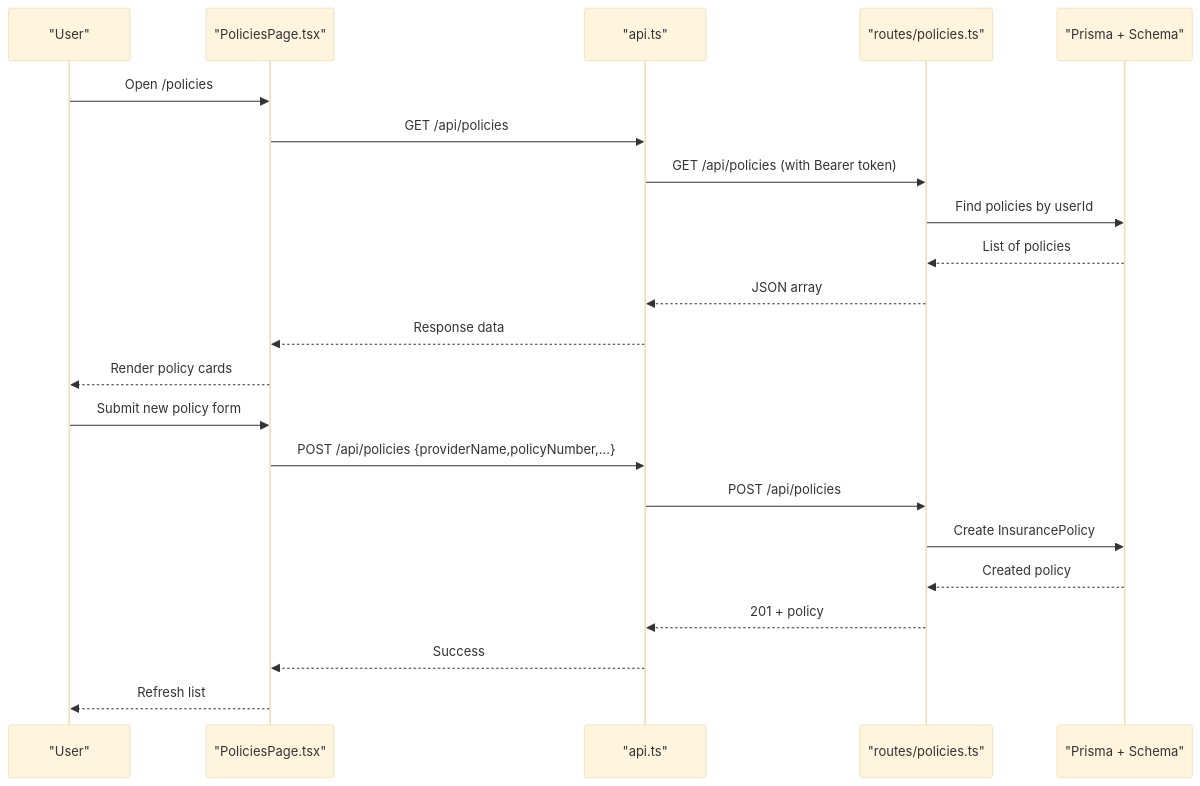
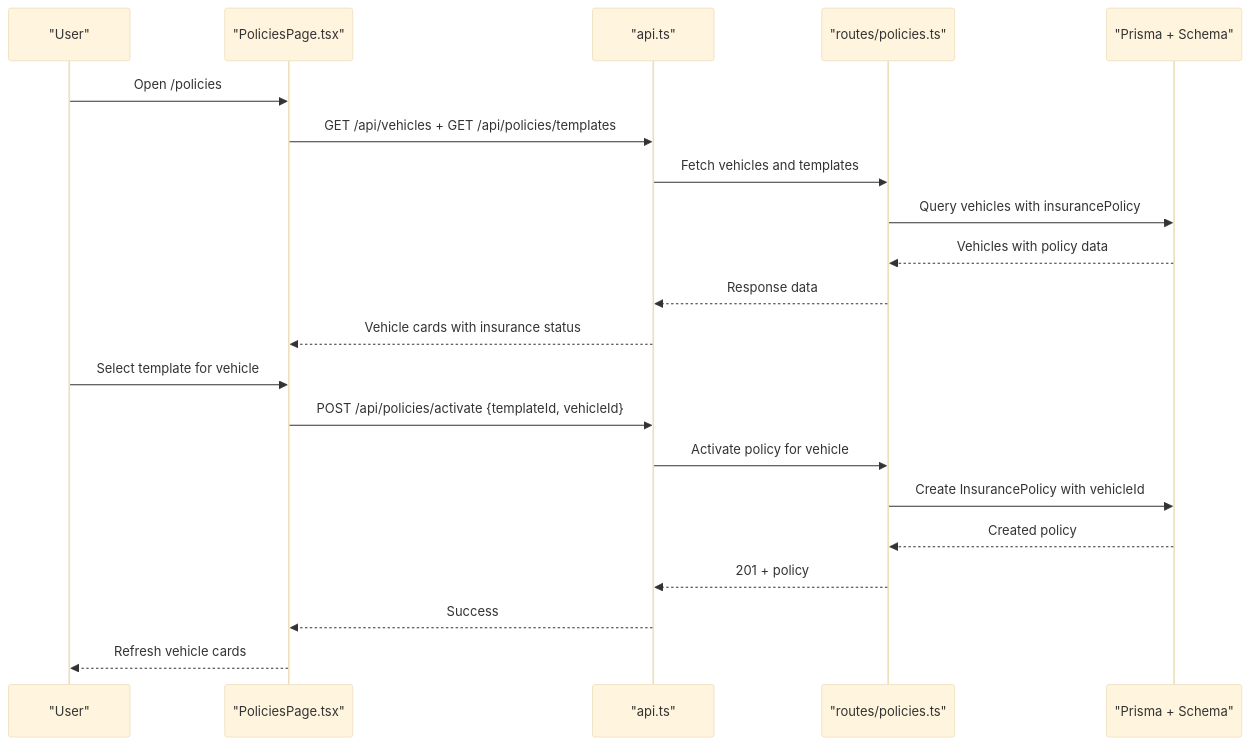
Before and after one commit to NaveenHiranya/Smart-Vehicle-Insurance-Claim-System: the second of 7 diagrams in .qoder/repowiki/en/content/Frontend Documentation/Pages and Views/User Pages/Policy Management Page.md, drawn with Mermaid (base theme). The commit also changed other lines of this file and 21 other files, not shown here.

````diff
--- a/.qoder/repowiki/en/content/Frontend Documentation/Pages and Views/User Pages/Policy Management Page.md
+++ b/.qoder/repowiki/en/content/Frontend Documentation/Pages and Views/User Pages/Policy Management Page.md
@@ -93,24 +102,23 @@
 ```mermaid
 sequenceDiagram
 participant U as "User"
 participant FE as "PoliciesPage.tsx"
 participant AX as "api.ts"
 participant BE as "routes/policies.ts"
 participant DB as "Prisma + Schema"
 U->>FE : Open /policies
-FE->>AX : GET /api/policies
-AX->>BE : GET /api/policies (with Bearer token)
-BE->>DB : Find policies by userId
-DB-->>BE : List of policies
-BE-->>AX : JSON array
-AX-->>FE : Response data
-FE-->>U : Render policy cards
-U->>FE : Submit new policy form
-FE->>AX : POST /api/policies {providerName,policyNumber,...}
-AX->>BE : POST /api/policies
-BE->>DB : Create InsurancePolicy
+FE->>AX : GET /api/vehicles + GET /api/policies/templates
+AX->>BE : Fetch vehicles and templates
+BE->>DB : Query vehicles with insurancePolicy
+DB-->>BE : Vehicles with policy data
+BE-->>AX : Response data
+AX-->>FE : Vehicle cards with insurance status
+U->>FE : Select template for vehicle
+FE->>AX : POST /api/policies/activate {templateId, vehicleId}
+AX->>BE : Activate policy for vehicle
+BE->>DB : Create InsurancePolicy with vehicleId
 DB-->>BE : Created policy
 BE-->>AX : 201 + policy
 AX-->>FE : Success
-FE-->>U : Refresh list
+FE-->>U : Refresh vehicle cards
 ```
````
